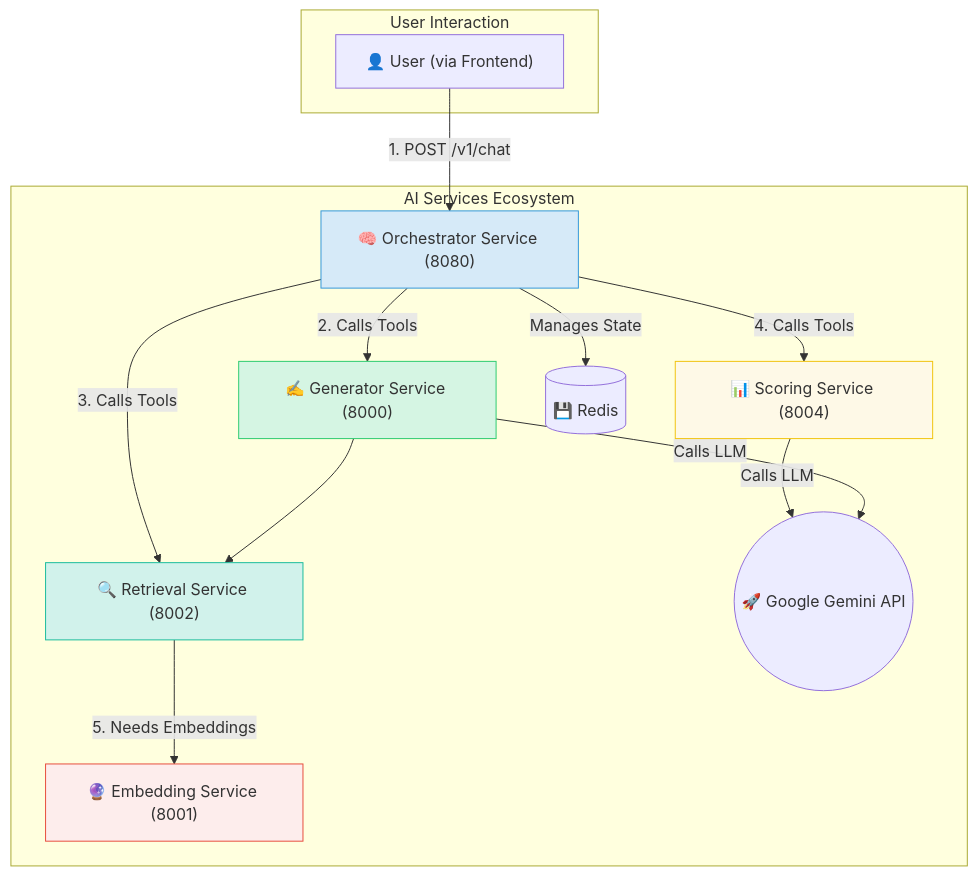
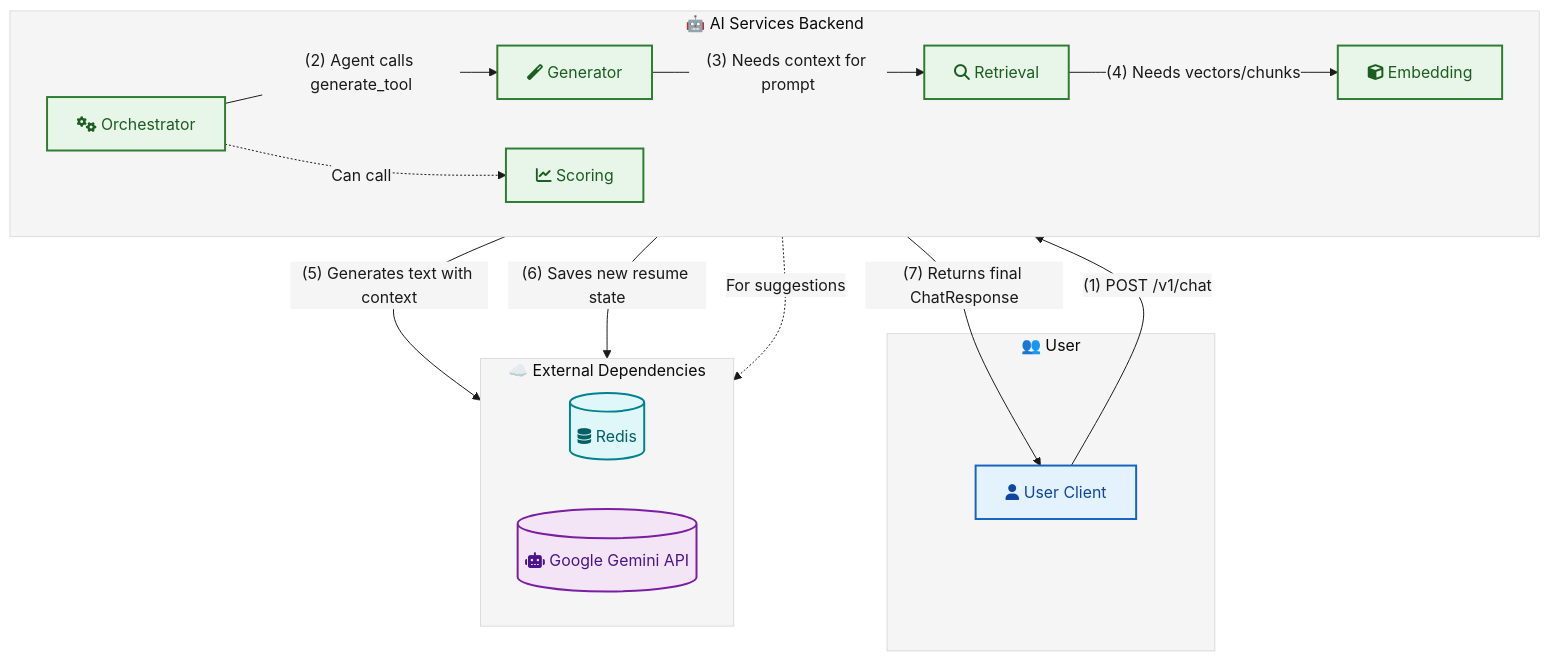
One commit to QuantumRebels/CVisionary changed the diagram in AI_Services/README.md. Above: the diagram before and after it, drawn with Mermaid.

````diff
--- a/AI_Services/README.md
+++ b/AI_Services/README.md
@@ -48,27 +48,61 @@
 ```mermaid
 graph TD
-    subgraph "User Interaction"
-        UserClient["👤 User (via Frontend)"]
+    %% Theme provided by the user
+    %%{init: {'theme': 'base', 'themeVariables': { 'primaryColor': '#ffffff', 'primaryTextColor': '#1a1a1a', 'primaryBorderColor': '#7c0000', 'lineColor': '#1a1a1a', 'secondaryColor': '#f5f5f5', 'tertiaryColor': '#f5f5f5'}}}%%
+
+    %% Define logical groups for components
+    subgraph "👥 User"
+        UserClient["fa:fa-user User Client"]
     end
 
-    subgraph "AI Services Ecosystem"
-        UserClient -- "1. POST /v1/chat" --> Orchestrator["🧠 Orchestrator Service (8080)"]
-        
-        Orchestrator -- "2. Calls Tools" --> Generator["✍️ Generator Service (8000)"]
-        Orchestrator -- "3. Calls Tools" --> Retrieval["🔍 Retrieval Service (8002)"]
-        Orchestrator -- "4. Calls Tools" --> Scoring["📊 Scoring Service (8004)"]
-        
-        Generator --> Retrieval
-        Retrieval -- "5. Needs Embeddings" --> Embedding["🔮 Embedding Service (8001)"]
-        
-        Orchestrator -- "Manages State" --> Redis[(💾 Redis)]
-        Scoring -- "Calls LLM" --> GeminiAPI((🚀 Google Gemini API))
-        Generator -- "Calls LLM" --> GeminiAPI
+    subgraph "🤖 AI Services Backend"
+        direction LR
+        Orchestrator["fa:fa-cogs Orchestrator"]
+        Generator["fa:fa-magic Generator"]
+        Retrieval["fa:fa-search Retrieval"]
+        Embedding["fa:fa-cube Embedding"]
+        Scoring["fa:fa-chart-line Scoring"]
     end
 
-    style Orchestrator fill:#D6EAF8,stroke:#3498DB
-    style Generator fill:#D5F5E3,stroke:#2ECC71
-    style Retrieval fill:#D1F2EB,stroke:#1ABC9C
-    style Scoring fill:#FEF9E7,stroke:#F1C40F
-    style Embedding fill:#FDEDEC,stroke:#E74C3C
+    subgraph "☁️ External Dependencies"
+        direction LR
+        Redis[("fa:fa-database Redis")]
+        GeminiAPI[("fa:fa-robot Google Gemini API")]
+    end
+
+    %% --- Define The Primary Data Flow (e.g., "Rewrite my experience section") ---
+
+    %% 1. The user's request is the only entry point to the system.
+    UserClient -- "(1) POST /v1/chat" --> Orchestrator
+
+    %% 2. The Orchestrator agent decides to generate content.
+    Orchestrator -- "(2) Agent calls generate_tool" --> Generator
+
+    %% 3. The Generator begins its dependency chain to gather context.
+    Generator -- "(3) Needs context for prompt" --> Retrieval
+    Retrieval -- "(4) Needs vectors/chunks" --> Embedding
+
+    %% 4. The Generator, now with context, calls the LLM.
+    Generator -- "(5) Generates text with context" --> GeminiAPI
+
+    %% 5. The Orchestrator saves the final state.
+    Orchestrator -- "(6) Saves new resume state" --> Redis
+
+    %% 6. The Orchestrator returns the final response to the user.
+    Orchestrator -- "(7) Returns final ChatResponse" --> UserClient
+    
+    %% --- Show other possible interactions without numbering them to avoid confusion ---
+    Orchestrator -.-> |Can call| Scoring
+    Scoring -.-> |For suggestions| GeminiAPI
+
+    %% --- Apply Styling ---
+    classDef user fill:#e3f2fd,stroke:#1565c0,stroke-width:2px,color:#0d47a1;
+    classDef service fill:#e8f5e9,stroke:#2e7d32,stroke-width:2px,color:#1b5e20;
+    classDef external fill:#f3e5f5,stroke:#7b1fa2,stroke-width:2px,color:#4a148c;
+    classDef storage fill:#e0f7fa,stroke:#00838f,stroke-width:2px,color:#006064;
+
+    class UserClient user;
+    class Orchestrator,Generator,Retrieval,Scoring,Embedding service;
+    class GeminiAPI external;
+    class Redis storage;
 ```
````
